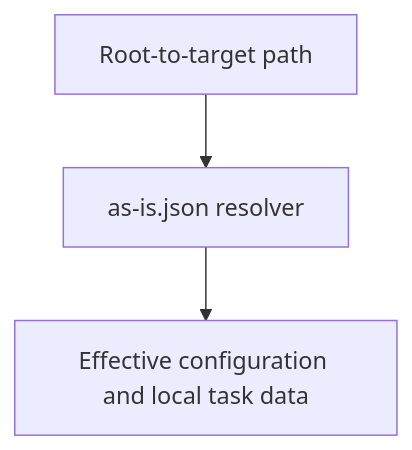
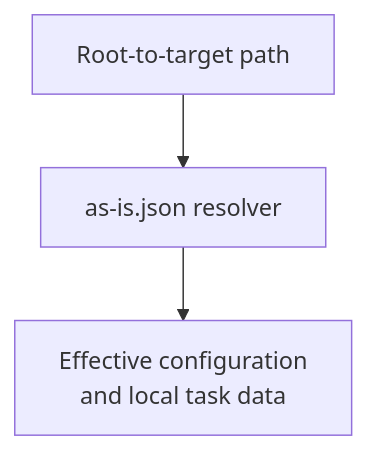
One commit to abstract-business-systems/as-is changed the diagram in components/as-is-data/as-is.md. Above: the diagram before and after it, drawn with Mermaid. The commit also changed 47 other files, not shown here.

Commit message:
docs(diagrams): improve Mermaid readability validation

````diff
--- a/components/as-is-data/as-is.md
+++ b/components/as-is-data/as-is.md
@@ -20,5 +20,5 @@
 ```mermaid
 flowchart TD
     A["Root-to-target path"] --> B["as-is.json resolver"]
-    B --> C["Effective configuration and local task data"]
+    B --> C["Effective configuration<br/>and local task data"]
 ```
````
